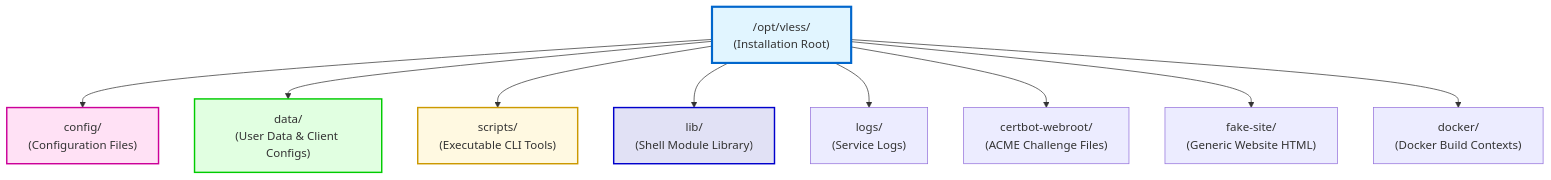
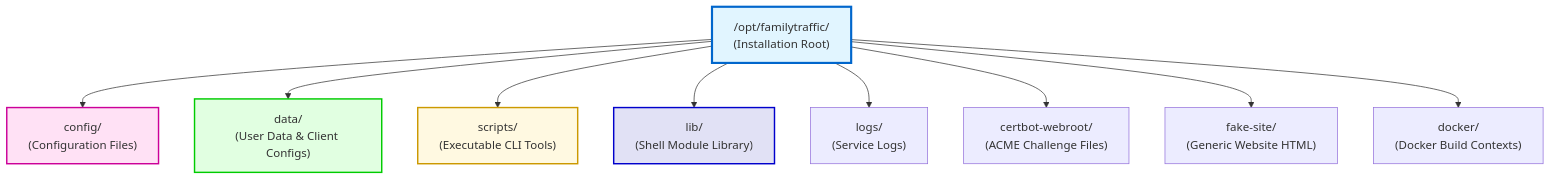
The first of 10 diagrams in docs/architecture/diagrams/deployment/filesystem-layout.md (ikeniborn/vless), drawn with Mermaid before and after one commit. The commit also changed other lines of this file and 66 other files, not shown here.

First line of the commit message:
refactor(rename): replace old project name 'vless' with 'familytraffic'

````diff
--- a/docs/architecture/diagrams/deployment/filesystem-layout.md
+++ b/docs/architecture/diagrams/deployment/filesystem-layout.md
@@ -15,28 +15,28 @@
 ```mermaid
 graph TB
-    Root["/opt/vless/<br/>(Installation Root)"]
+    Root["/opt/familytraffic/<br/>(Installation Root)"]
 
     Config["config/<br/>(Configuration Files)"]
     Data["data/<br/>(User Data & Client Configs)"]
     Scripts["scripts/<br/>(Executable CLI Tools)"]
     Lib["lib/<br/>(Shell Module Library)"]
     Logs["logs/<br/>(Service Logs)"]
     CertbotWebroot["certbot-webroot/<br/>(ACME Challenge Files)"]
     FakeSite["fake-site/<br/>(Generic Website HTML)"]
     Docker["docker/<br/>(Docker Build Contexts)"]
 
     Root --> Config
     Root --> Data
     Root --> Scripts
     Root --> Lib
     Root --> Logs
     Root --> CertbotWebroot
     Root --> FakeSite
     Root --> Docker
 
     style Root fill:#e1f5ff,stroke:#0066cc,stroke-width:3px
     style Config fill:#ffe1f5,stroke:#cc0099,stroke-width:2px
     style Data fill:#e1ffe1,stroke:#00cc00,stroke-width:2px
     style Scripts fill:#fff9e1,stroke:#cc9900,stroke-width:2px
     style Lib fill:#e1e1f5,stroke:#0000cc,stroke-width:2px
 ```
````
